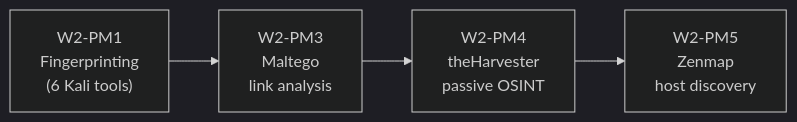
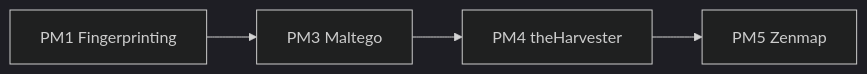
Before and after one commit to Maroibakit/NETWORKWALKS-B084-WK2-FOOTPRINTING-OSINT-NETWORK-SCANNING-PHASES: the diagram in README.md, drawn with Mermaid (dark theme).

Commit message:
Update flowchart syntax in README.md

````diff
--- a/README.md
+++ b/README.md
@@ -42,6 +42,6 @@
 ```mermaid
-flowchart LR
-    A["W2-PM1<br/>Fingerprinting<br/>(6 Kali tools)"] --> B["W2-PM3<br/>Maltego<br/>link analysis"]
-    B --> C["W2-PM4<br/>theHarvester<br/>passive OSINT"]
-    C --> D["W2-PM5<br/>Zenmap<br/>host discovery"]
+graph LR
+    A[PM1 Fingerprinting] --> B[PM3 Maltego]
+    B --> C[PM4 theHarvester]
+    C --> D[PM5 Zenmap]
 ```
````
